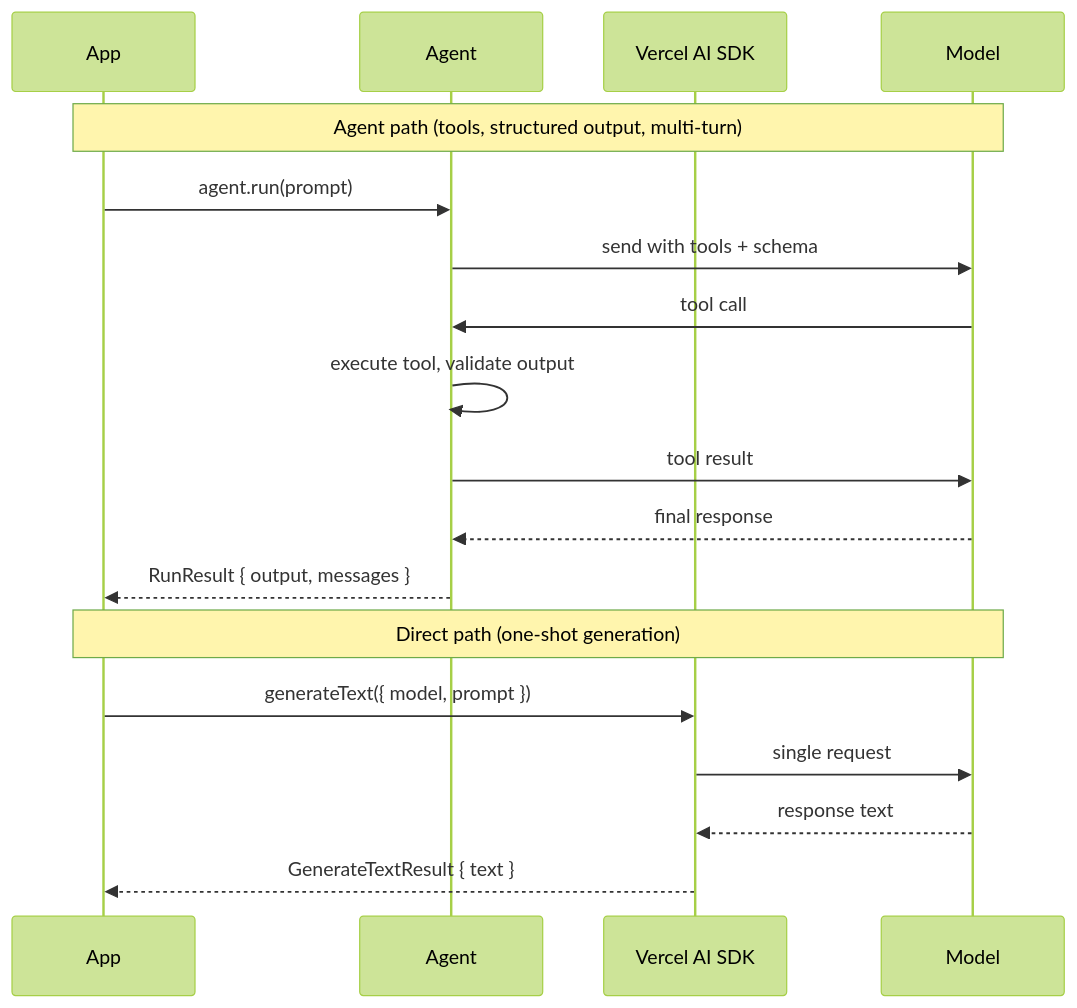
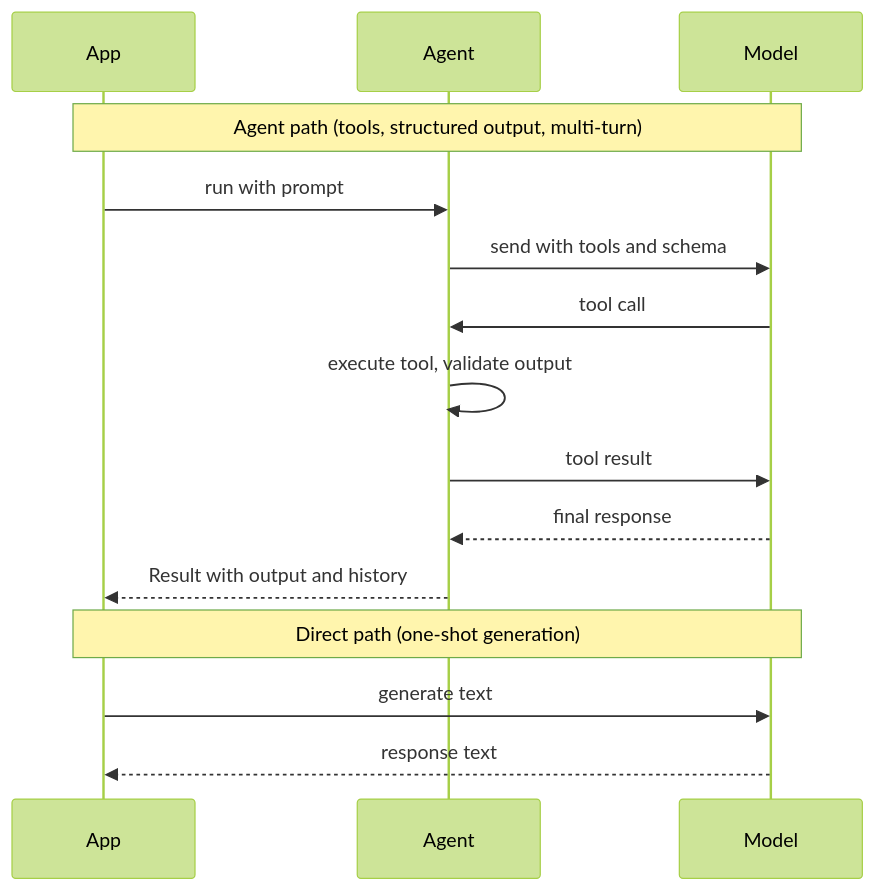
Before and after one commit to a7ul/vibes: the second of 2 diagrams in packages/framework/docs/advanced/direct-model-requests.mdx, drawn with Mermaid (forest theme). The commit also changed other lines of this file and 26 other files, not shown here.

````diff
--- a/packages/framework/docs/advanced/direct-model-requests.mdx
+++ b/packages/framework/docs/advanced/direct-model-requests.mdx
@@ -134,22 +131,19 @@
 ```mermaid
 sequenceDiagram
     participant App
     participant Agent
-    participant SDK as Vercel AI SDK
     participant Model
 
     Note over App,Model: Agent path (tools, structured output, multi-turn)
-    App->>Agent: agent.run(prompt)
-    Agent->>Model: send with tools + schema
+    App->>Agent: run with prompt
+    Agent->>Model: send with tools and schema
     Model->>Agent: tool call
     Agent->>Agent: execute tool, validate output
     Agent->>Model: tool result
     Model-->>Agent: final response
-    Agent-->>App: RunResult { output, messages }
+    Agent-->>App: Result with output and history
 
     Note over App,Model: Direct path (one-shot generation)
-    App->>SDK: generateText({ model, prompt })
-    SDK->>Model: single request
-    Model-->>SDK: response text
-    SDK-->>App: GenerateTextResult { text }
+    App->>Model: generate text
+    Model-->>App: response text
 ```
````
